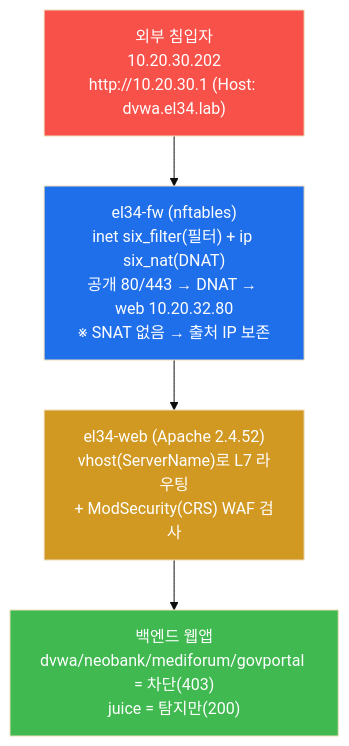
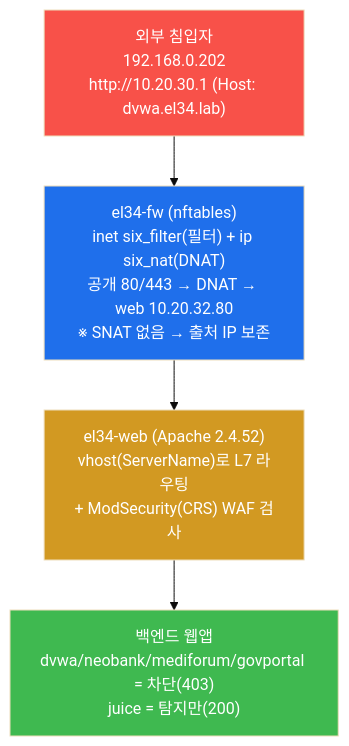
The sixth of 10 diagrams in contents/training/secuops/lecture_week08.md (mrgrit/tw2), drawn with Mermaid (base theme) before and after one commit. The commit also changed other lines of this file and 5 other files, not shown here.

````diff
--- a/contents/training/secuops/lecture_week08.md
+++ b/contents/training/secuops/lecture_week08.md
@@ -288,12 +288,12 @@
 ```mermaid
 graph TD
-    ATK["외부 침입자<br/>10.20.30.202<br/>http://10.20.30.1 (Host: dvwa.el34.lab)"]
+    ATK["외부 침입자<br/>192.168.0.202<br/>http://10.20.30.1 (Host: dvwa.el34.lab)"]
     FW["el34-fw (nftables)<br/>inet six_filter(필터) + ip six_nat(DNAT)<br/>공개 80/443 → DNAT → web 10.20.32.80<br/>※ SNAT 없음 → 출처 IP 보존"]
     WEB["el34-web (Apache 2.4.52)<br/>vhost(ServerName)로 L7 라우팅<br/>+ ModSecurity(CRS) WAF 검사"]
     APP["백엔드 웹앱<br/>dvwa/neobank/mediforum/govportal = 차단(403)<br/>juice = 탐지만(200)"]
     ATK --> FW --> WEB --> APP
     style ATK fill:#f85149,color:#fff
     style FW fill:#1f6feb,color:#fff
     style WEB fill:#d29922,color:#fff
     style APP fill:#3fb950,color:#fff
 ```
````
